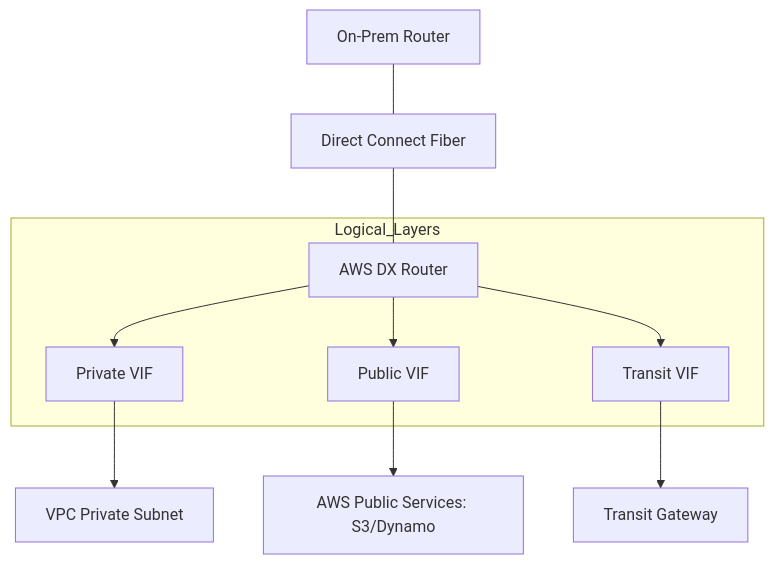
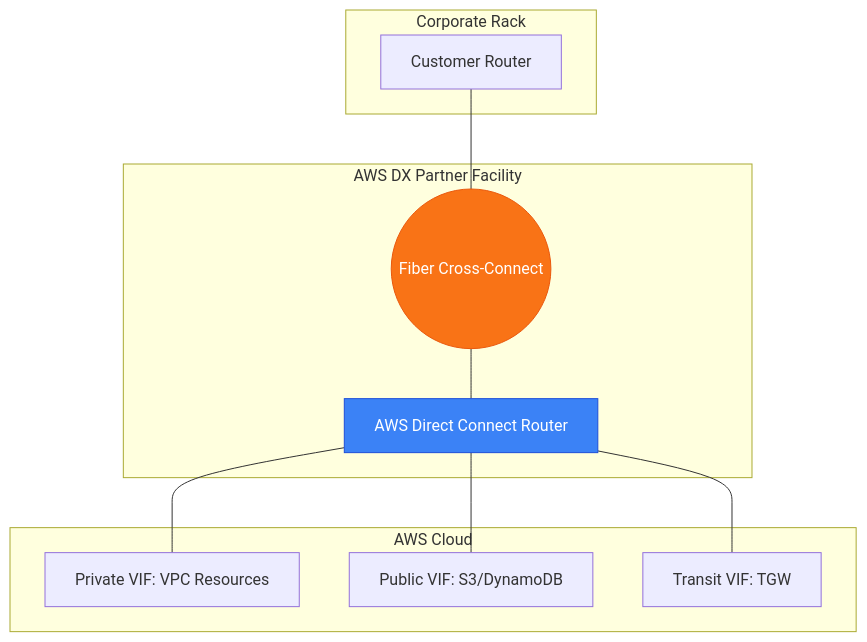
The diagram in 2-Intermediate/01-Phase-1/01-Networking/09-Hybrid-Connectivity/02-Direct-Connect-Deep-Dive/README.md (Ganil151/Devops), drawn with Mermaid before and after one commit. The commit also changed other lines of this file and 51 other files, not shown here.

````diff
--- a/2-Intermediate/01-Phase-1/01-Networking/09-Hybrid-Connectivity/02-Direct-Connect-Deep-Dive/README.md
+++ b/2-Intermediate/01-Phase-1/01-Networking/09-Hybrid-Connectivity/02-Direct-Connect-Deep-Dive/README.md
@@ -19,15 +5,26 @@
 ```mermaid
 graph TD
-    OnPrem[On-Prem Router] --- DX_Fiber[Direct Connect Fiber]
-    DX_Fiber --- DX_Router[AWS DX Router]
-
-subgraph Logical_Layers
-    DX_Router --> PVIF[Private VIF]
-    DX_Router --> PubVIF[Public VIF]
-    DX_Router --> TVIF[Transit VIF]
+    subgraph On_Prem[Corporate Rack]
+        CoreRouter[Customer Router]
     end
 
-PVIF --> VPC[VPC Private Subnet]
-    PubVIF --> S3[AWS Public Services: S3/Dynamo]
-    TVIF --> TGW[Transit Gateway]
+    subgraph Colocation[AWS DX Partner Facility]
+        CrossConnect((Fiber Cross-Connect))
+        AWSRouter[AWS Direct Connect Router]
+    end
+
+    subgraph AWS_Region[AWS Cloud]
+        VIF_Priv[Private VIF: VPC Resources]
+        VIF_Pub[Public VIF: S3/DynamoDB]
+        VIF_Transit[Transit VIF: TGW]
+    end
+
+    CoreRouter --- CrossConnect
+    CrossConnect --- AWSRouter
+    AWSRouter --- VIF_Priv
+    AWSRouter --- VIF_Pub
+    AWSRouter --- VIF_Transit
+
+    style CrossConnect fill:#f97316,stroke:#ea580c,color:#fff
+    style AWSRouter fill:#3b82f6,stroke:#1d4ed8,color:#fff
 ```
````
